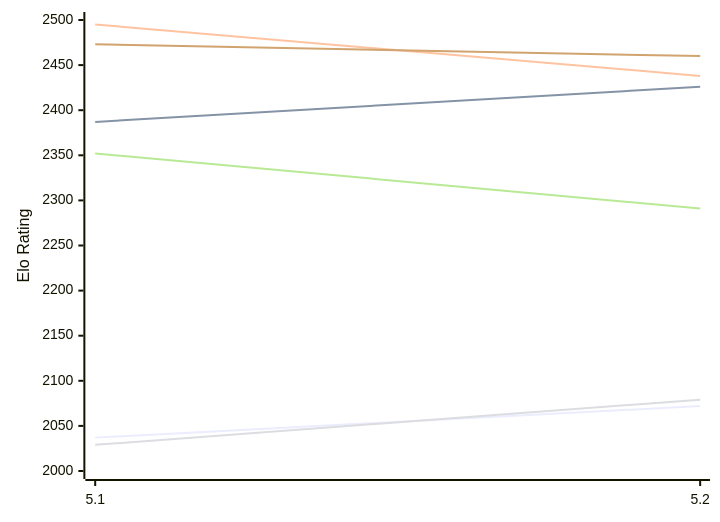
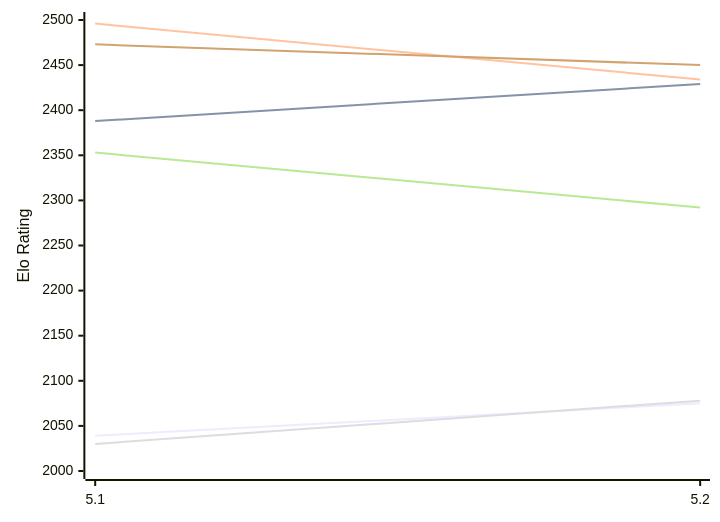
One commit to computer-chess-index/cci changed the first of 2 diagrams in engines/Prophet.md. Above: the diagram before and after it, drawn with Mermaid. The commit also changed other lines of this file, not shown here.

Commit message:
Update CCI Ratings (ELO VLTC) - 2026-11-19

````diff
--- a/engines/Prophet.md
+++ b/engines/Prophet.md
@@ -50,12 +50,12 @@
 ```mermaid
 %%{init: {"theme":"base","themeVariables":{"seriesColors:['#a3a3a3','#222221','#faa371']}}}%%
 xychart-beta
   x-axis ["5.1", "5.2"]
   y-axis "Elo Rating" 2000 --> 2500
-  line "E1: STC (8.0+0.08s)" [2037, 2072]
-  line "E1: LTC (60.0+0.60s)" [2387, 2426]
-  line "E1: VLTC (2m24s+1.12s)" [2495, 2438]
-  line "P1: STC (8.0+0.08s)" [2029, 2079]
-  line "P1: LTC (60.0+0.60s)" [2352, 2291]
-  line "P1: VLTC (2m24s+1.12s)" [2473, 2460]
+  line "E1: STC (8.0+0.08s)" [2039, 2075]
+  line "E1: LTC (60.0+0.60s)" [2388, 2429]
+  line "E1: VLTC (2m24s+1.12s)" [2496, 2434]
+  line "P1: STC (8.0+0.08s)" [2030, 2078]
+  line "P1: LTC (60.0+0.60s)" [2353, 2292]
+  line "P1: VLTC (2m24s+1.12s)" [2473, 2450]
 ```
````
